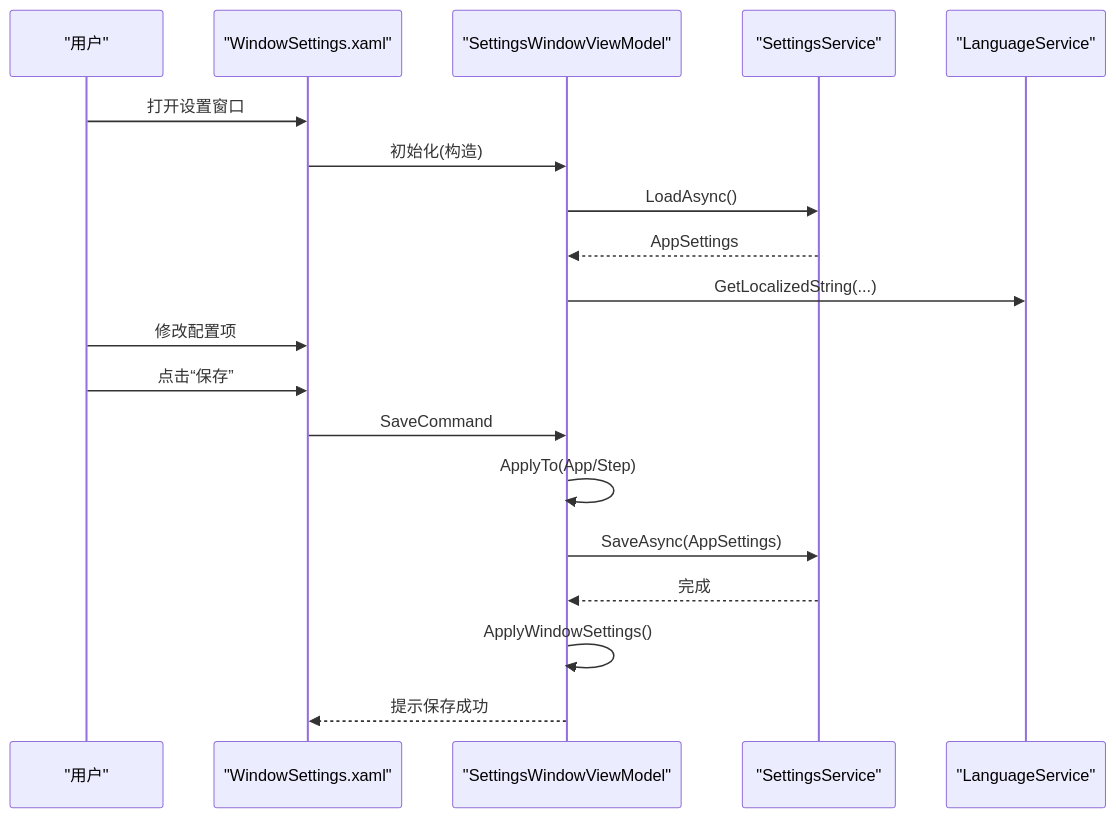
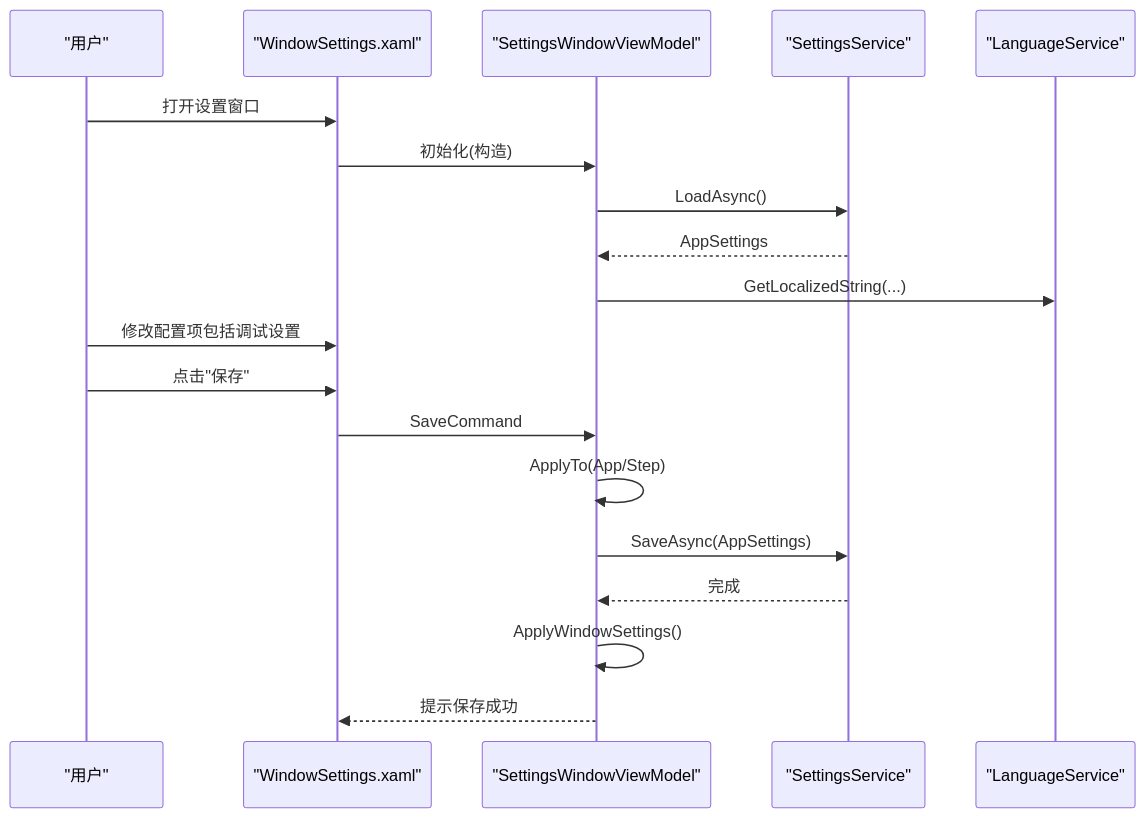
The second of 8 diagrams in .qoder/repowiki/zh/content/系统设置管理.md (yooxii/ShaoLuAuto), drawn with Mermaid before and after one commit. The commit also changed other lines of this file and 45 other files, not shown here.

````diff
--- a/.qoder/repowiki/zh/content/系统设置管理.md
+++ b/.qoder/repowiki/zh/content/系统设置管理.md
@@ -163,21 +173,21 @@
 ```mermaid
 sequenceDiagram
 participant U as "用户"
 participant V as "WindowSettings.xaml"
 participant VM as "SettingsWindowViewModel"
 participant Svc as "SettingsService"
 participant Lang as "LanguageService"
 U->>V : 打开设置窗口
 V->>VM : 初始化(构造)
 VM->>Svc : LoadAsync()
 Svc-->>VM : AppSettings
 VM->>Lang : GetLocalizedString(...)
-U->>V : 修改配置项
-U->>V : 点击“保存”
+U->>V : 修改配置项包括调试设置
+U->>V : 点击"保存"
 V->>VM : SaveCommand
 VM->>VM : ApplyTo(App/Step)
 VM->>Svc : SaveAsync(AppSettings)
 Svc-->>VM : 完成
 VM->>VM : ApplyWindowSettings()
 VM-->>V : 提示保存成功
 ```
````
